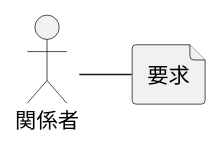
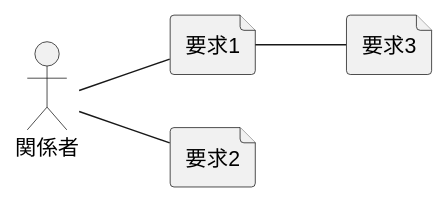
Before and after one commit to ShoheiImamura/rdra2-on-honkit: the first of 2 diagrams in システム価値/README.md, drawn with PlantUML. The commit also changed other lines of this file and 5 other files, not shown here.

````diff
--- a/システム価値/README.md
+++ b/システム価値/README.md
@@ -7,14 +9,20 @@
 ```plantuml
 @startuml
+left to right direction
 ' 配置図を利用します。
 ' アクターは `actor` で、要求は `file` で描画します。
 
 ' 要素
 actor 関係者
-file 要求
+file 要求1
+file 要求2
+file 要求3
 
 ' 関連
-関係者 - 要求
+関係者 -- 要求1
+関係者 -- 要求2
+
+要求1 -- 要求3
 
 @enduml
 ```
````
